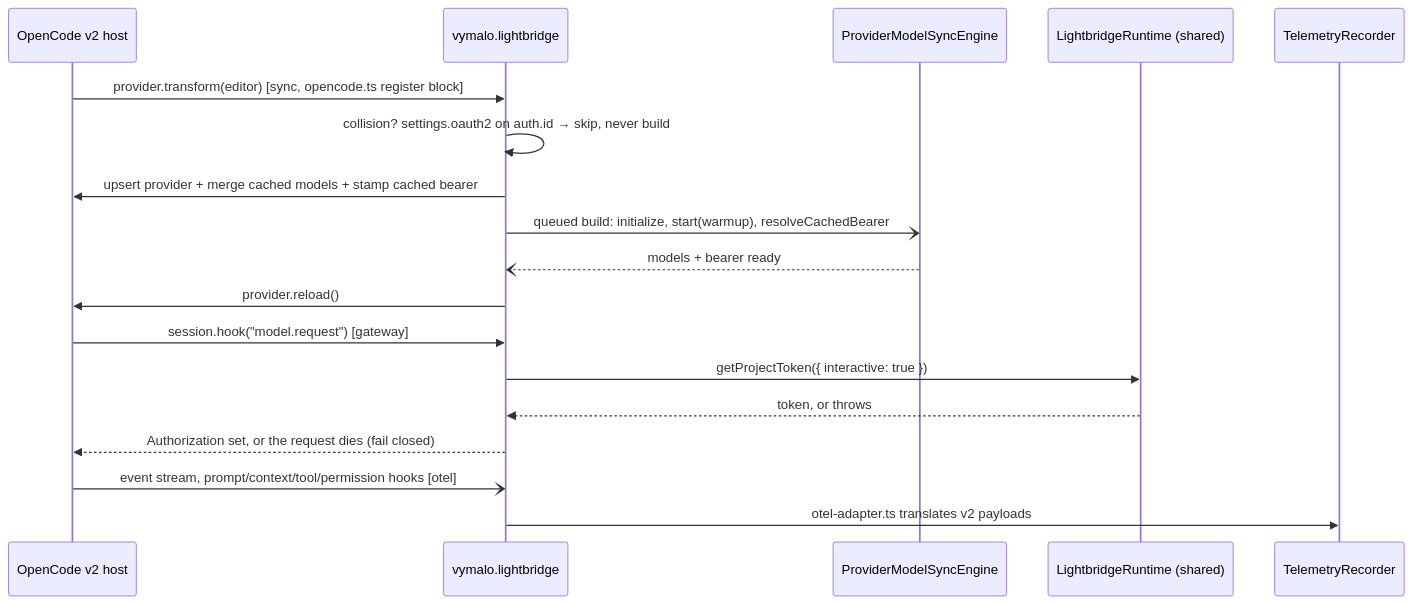
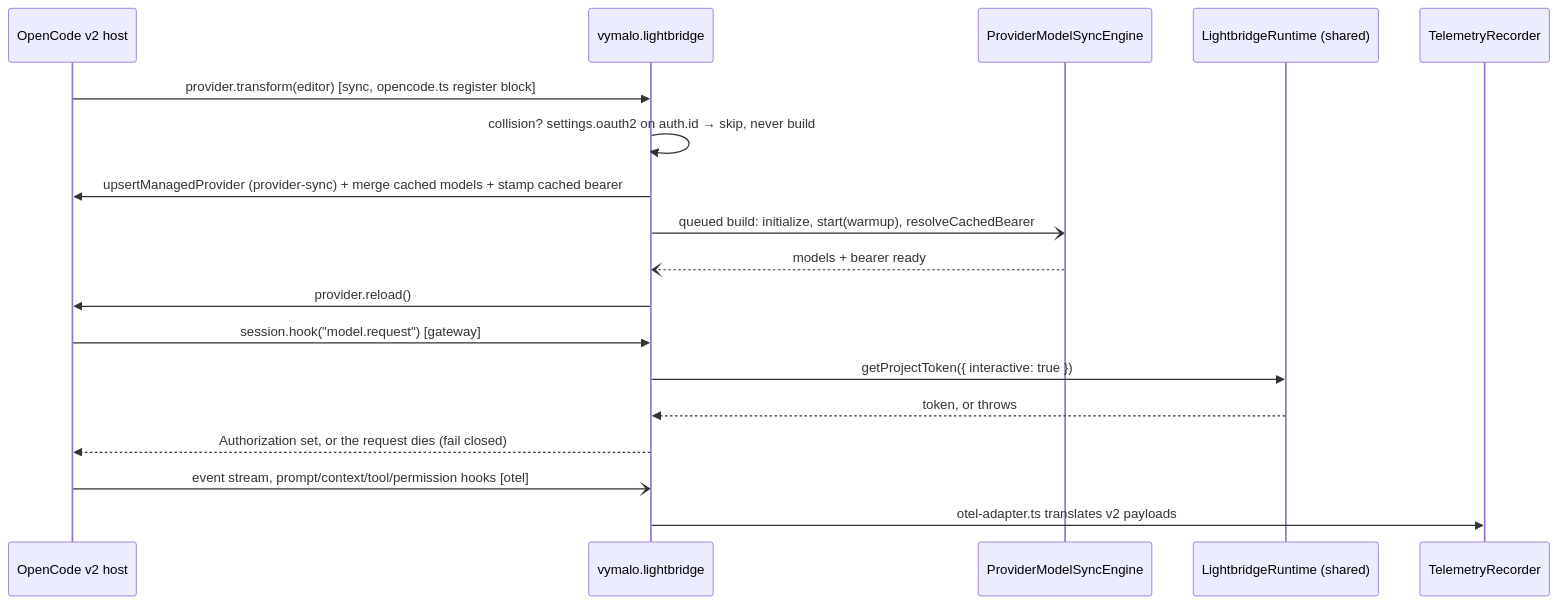
The second of 3 diagrams in docs/lightbridge.md (ADORSYS-GIS/lightbridge-opencode-toolbeit), drawn with Mermaid before and after one commit. The commit also changed 8 other files, not shown here.

First line of the commit message:
refactor(provider-sync,lightbridge): export upsertManagedProvider; lightbridge calls it (#141)

````diff
--- a/docs/lightbridge.md
+++ b/docs/lightbridge.md
@@ -132,20 +132,20 @@
 ```mermaid
 sequenceDiagram
   participant Host as OpenCode v2 host
   participant LB as vymalo.lightbridge
   participant Eng as ProviderModelSyncEngine
   participant RT as LightbridgeRuntime (shared)
   participant Rec as TelemetryRecorder
   Host->>LB: provider.transform(editor)  [sync, opencode.ts register block]
   LB->>LB: collision? settings.oauth2 on auth.id → skip, never build
-  LB->>Host: upsert provider + merge cached models + stamp cached bearer
+  LB->>Host: upsertManagedProvider (provider-sync) + merge cached models + stamp cached bearer
   LB-)Eng: queued build: initialize, start(warmup), resolveCachedBearer
   Eng--)LB: models + bearer ready
   LB->>Host: provider.reload()
   Host->>LB: session.hook("model.request")  [gateway]
   LB->>RT: getProjectToken({ interactive: true })
   RT-->>LB: token, or throws
   LB-->>Host: Authorization set, or the request dies (fail closed)
   Host-)LB: event stream, prompt/context/tool/permission hooks  [otel]
   LB->>Rec: otel-adapter.ts translates v2 payloads
 ```
````
